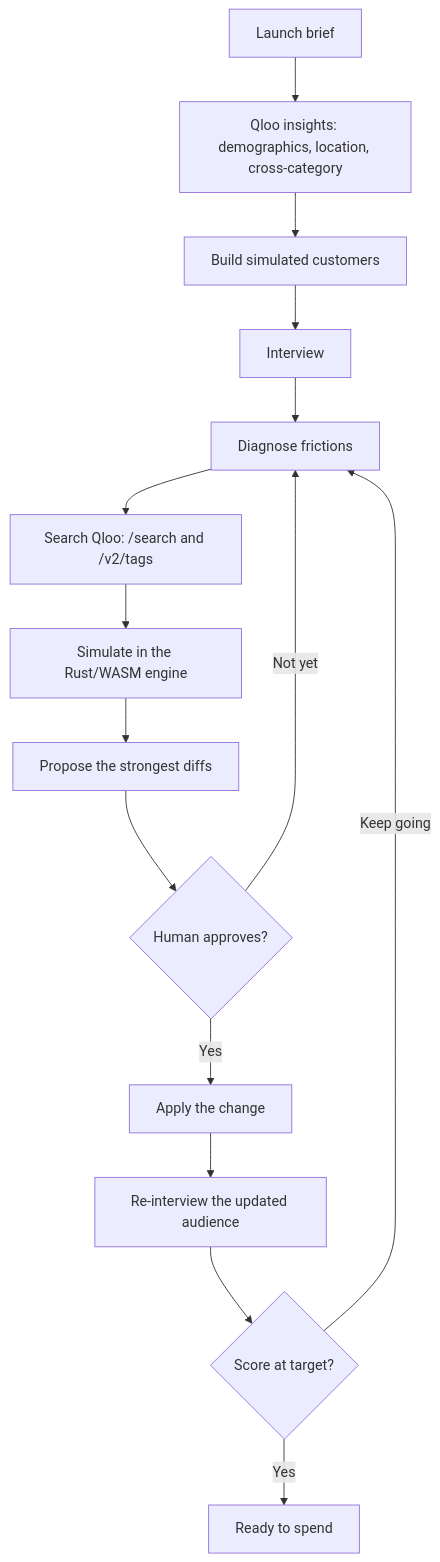
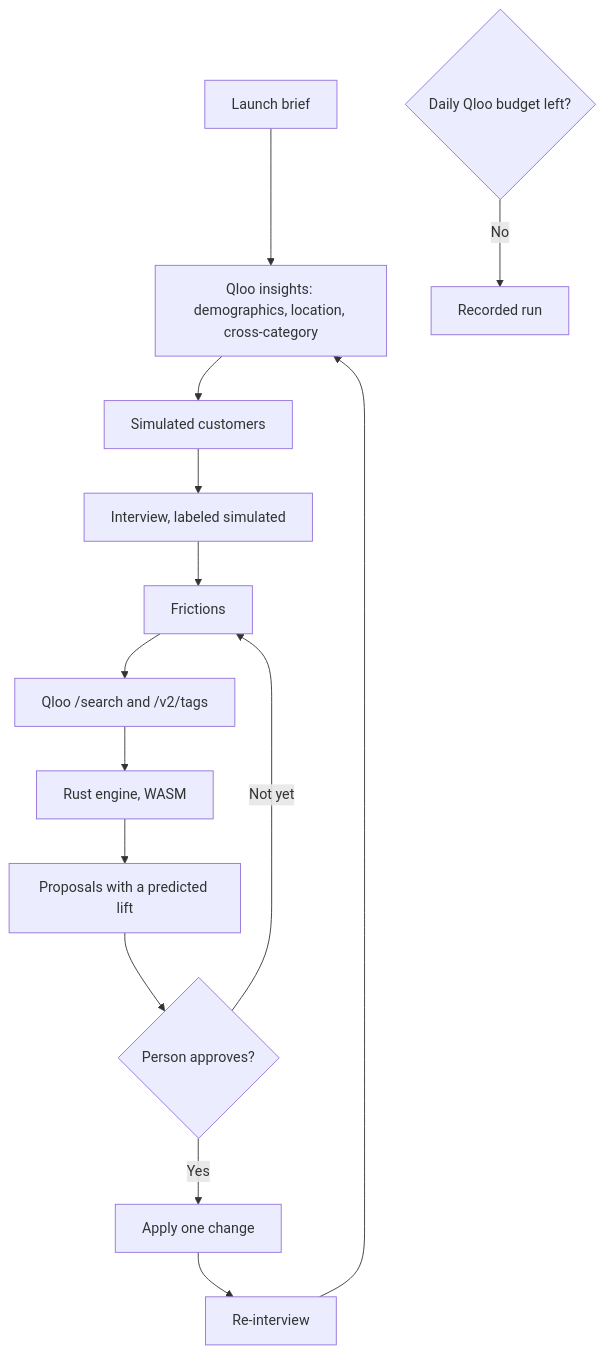
The diagram in README.md (WellGr8/tastedraft), drawn with Mermaid before and after one commit. The commit also changed other lines of this file and 56 other files, not shown here.

````diff
--- a/README.md
+++ b/README.md
@@ -29,22 +25,21 @@
 ```mermaid
 flowchart TD
   brief[Launch brief]
   insights["Qloo insights: demographics, location, cross-category"]
-  personas[Build simulated customers]
-  interview[Interview]
-  diagnose[Diagnose frictions]
-  search["Search Qloo: /search and /v2/tags"]
-  simulate[Simulate in the Rust/WASM engine]
-  propose[Propose the strongest diffs]
-  approve{Human approves?}
-  apply[Apply the change]
-  again[Re-interview the updated audience]
-  target{Score at target?}
-  spend[Ready to spend]
+  personas[Simulated customers]
+  interview[Interview, labeled simulated]
+  diagnose[Frictions]
+  search["Qloo /search and /v2/tags"]
+  simulate[Rust engine, WASM]
+  propose[Proposals with a predicted lift]
+  approve{Person approves?}
+  apply[Apply one change]
+  again[Re-interview]
+  budget{Daily Qloo budget left?}
+  recorded[Recorded run]
 
   brief --> insights --> personas --> interview --> diagnose --> search --> simulate --> propose --> approve
-  approve -->|Yes| apply --> again --> target
+  approve -->|Yes| apply --> again --> insights
   approve -->|Not yet| diagnose
-  target -->|Keep going| diagnose
-  target -->|Yes| spend
+  budget -->|No| recorded
 ```
````
